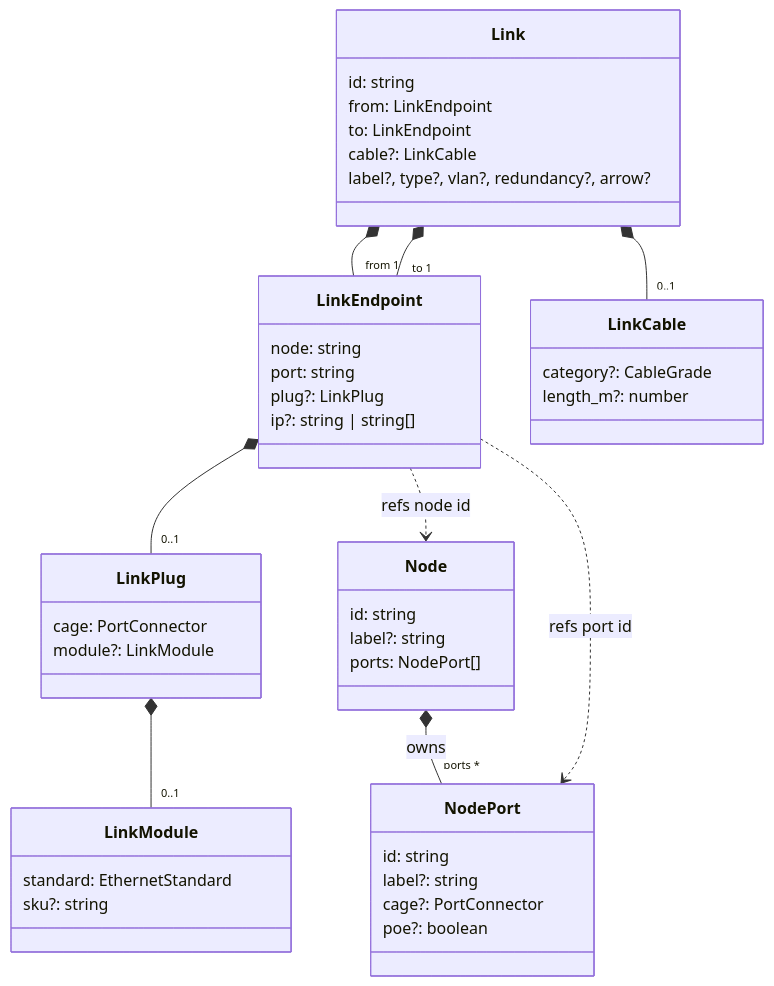
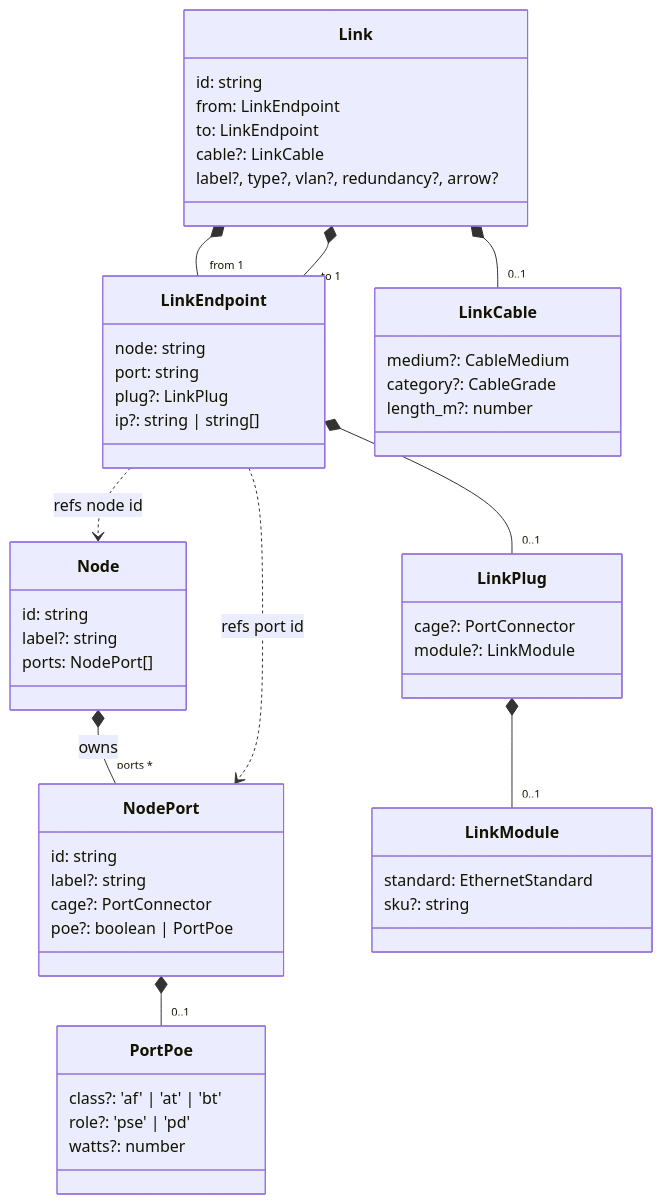
One commit to konoe-akitoshi/shumoku changed the fifth of 5 diagrams in apps/editor/docs/connection-model.md. Above: the diagram before and after it, drawn with Mermaid. The commit also changed other lines of this file and 6 other files, not shown here.

````diff
--- a/apps/editor/docs/connection-model.md
+++ b/apps/editor/docs/connection-model.md
@@ -114,48 +114,55 @@
 ```mermaid
 classDiagram
   class Node {
     id: string
     label?: string
     ports: NodePort[]
   }
   class NodePort {
     id: string
     label?: string
     cage?: PortConnector
-    poe?: boolean
+    poe?: boolean | PortPoe
+  }
+  class PortPoe {
+    class?: 'af' | 'at' | 'bt'
+    role?: 'pse' | 'pd'
+    watts?: number
   }
   class Link {
     id: string
     from: LinkEndpoint
     to: LinkEndpoint
     cable?: LinkCable
     label?, type?, vlan?, redundancy?, arrow?
   }
   class LinkEndpoint {
     node: string
     port: string
     plug?: LinkPlug
     ip?: string | string[]
   }
   class LinkPlug {
-    cage: PortConnector
+    cage?: PortConnector
     module?: LinkModule
   }
   class LinkModule {
     standard: EthernetStandard
     sku?: string
   }
   class LinkCable {
+    medium?: CableMedium
     category?: CableGrade
     length_m?: number
   }
 
   Node *-- "ports *" NodePort : owns
+  NodePort *-- "0..1" PortPoe
   Link *-- "from 1" LinkEndpoint
   Link *-- "to 1" LinkEndpoint
   Link *-- "0..1" LinkCable
   LinkEndpoint *-- "0..1" LinkPlug
   LinkPlug *-- "0..1" LinkModule
   LinkEndpoint ..> Node : refs node id
   LinkEndpoint ..> NodePort : refs port id
 ```
````
